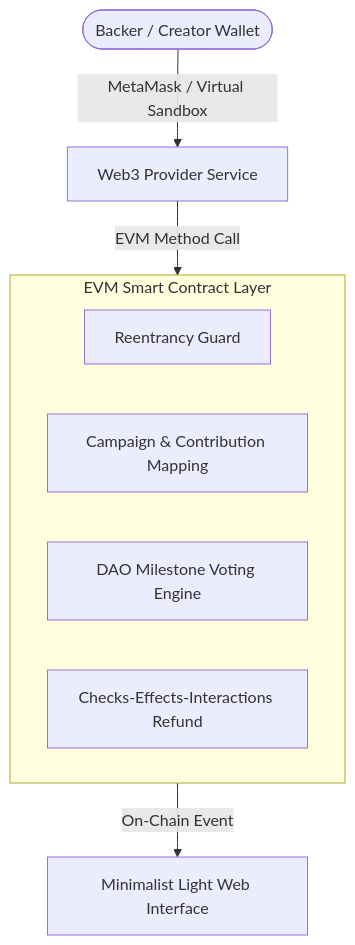
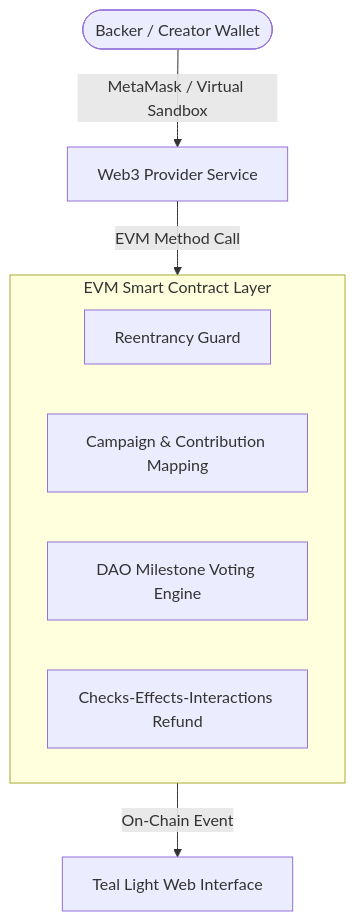
Before and after one commit to kevhim/Crowdfunding-Platform-DAO-: the diagram in README.md, drawn with Mermaid. The commit also changed other lines of this file and 13 other files, not shown here.

````diff
--- a/README.md
+++ b/README.md
@@ -21,14 +21,14 @@
 ```mermaid
 graph TD
     User([Backer / Creator Wallet]) -->|MetaMask / Virtual Sandbox| Web3Service[Web3 Provider Service]
     Web3Service -->|EVM Method Call| SmartContract[CrowdfundDAO.sol]
     
     subgraph SmartContract [EVM Smart Contract Layer]
         ReentrancyGuard[Reentrancy Guard]
         StateMap[Campaign & Contribution Mapping]
         GovernanceEngine[DAO Milestone Voting Engine]
         RefundEngine[Checks-Effects-Interactions Refund]
     end
     
-    SmartContract -->|On-Chain Event| FrontendUI[Minimalist Light Web Interface]
+    SmartContract -->|On-Chain Event| FrontendUI[Teal Light Web Interface]
 ```
````
